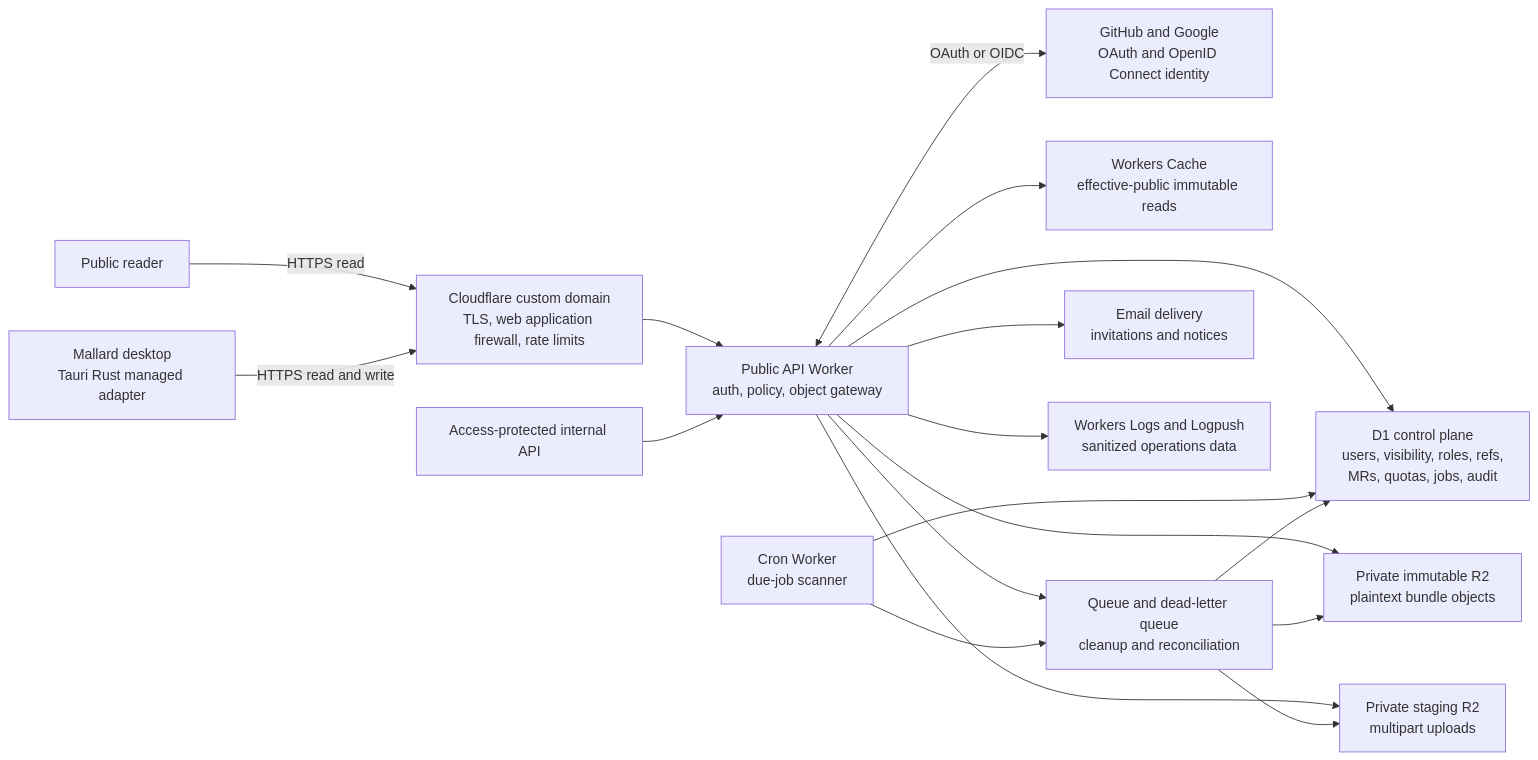
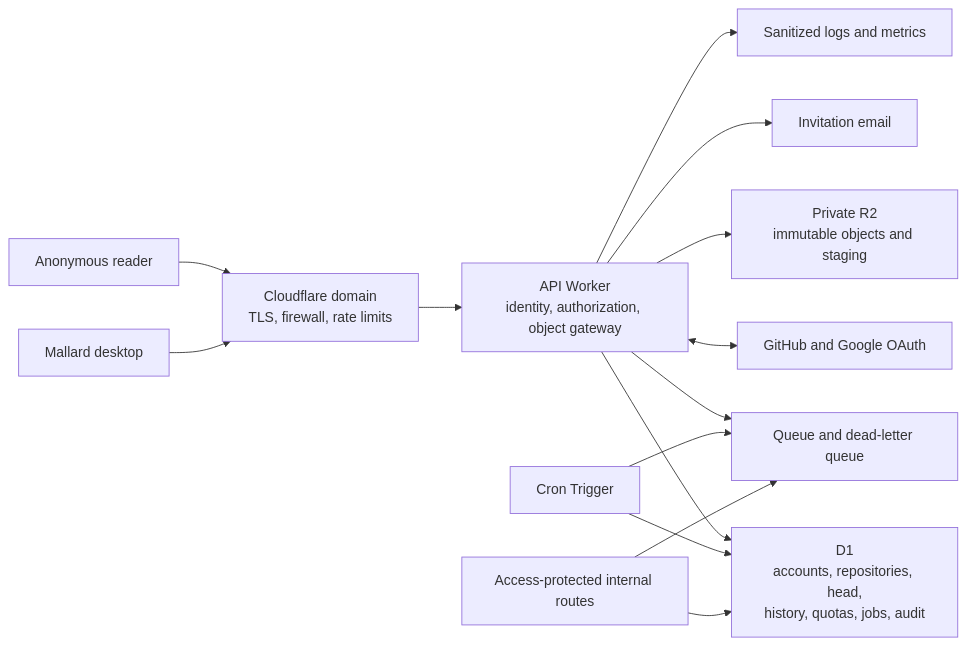
The diagram in docs/CLOUDFLARE_R2_MANAGED_CLOUD_ARCHITECTURE_V2.md (Git4Agent/mallard-app), drawn with Mermaid before and after one commit. The commit also changed other lines of this file and 74 other files, not shown here.

Commit message:
Refine sync workflows and cloud architecture

```diff
--- a/docs/CLOUDFLARE_R2_MANAGED_CLOUD_ARCHITECTURE_V2.md
+++ b/docs/CLOUDFLARE_R2_MANAGED_CLOUD_ARCHITECTURE_V2.md
@@ -792,35 +396,29 @@
 ~~~mermaid
 flowchart LR
-    READER["Public reader"]
-    APP["Mallard desktop<br/>Tauri Rust managed adapter"]
-    EDGE["Cloudflare custom domain<br/>TLS, web application firewall, rate limits"]
-    API["Public API Worker<br/>auth, policy, object gateway"]
-    IDP["GitHub and Google<br/>OAuth and OpenID Connect identity"]
-    D1["D1 control plane<br/>users, visibility, roles, refs,<br/>MRs, quotas, jobs, audit"]
-    R2I["Private immutable R2<br/>plaintext bundle objects"]
-    R2S["Private staging R2<br/>multipart uploads"]
-    CACHE["Workers Cache<br/>effective-public immutable reads"]
-    Q["Queue and dead-letter queue<br/>cleanup and reconciliation"]
-    CRON["Cron Worker<br/>due-job scanner"]
-    EMAIL["Email delivery<br/>invitations and notices"]
-    ADMIN["Access-protected internal API"]
-    OBS["Workers Logs and Logpush<br/>sanitized operations data"]
+    PUBLIC["Anonymous reader"]
+    APP["Mallard desktop"]
+    EDGE["Cloudflare domain<br/>TLS, firewall, rate limits"]
+    API["API Worker<br/>identity, authorization, object gateway"]
+    IDP["GitHub and Google OAuth"]
+    D1["D1<br/>accounts, repositories, head,<br/>history, quotas, jobs, audit"]
+    R2["Private R2<br/>immutable objects and staging"]
+    QUEUE["Queue and dead-letter queue"]
+    CRON["Cron Trigger"]
+    EMAIL["Invitation email"]
+    INTERNAL["Access-protected internal routes"]
+    OBS["Sanitized logs and metrics"]
 
-    READER -->|"HTTPS read"| EDGE
-    APP -->|"HTTPS read and write"| EDGE
+    PUBLIC --> EDGE
+    APP --> EDGE
     EDGE --> API
-    API <-->|"OAuth or OIDC"| IDP
+    API <--> IDP
     API --> D1
-    API --> R2I
-    API --> R2S
-    API --> CACHE
-    API --> Q
+    API --> R2
+    API --> QUEUE
     API --> EMAIL
     CRON --> D1
-    CRON --> Q
-    Q --> D1
-    Q --> R2I
-    Q --> R2S
-    ADMIN --> API
+    CRON --> QUEUE
+    INTERNAL --> D1
+    INTERNAL --> QUEUE
     API --> OBS
 ~~~
```
